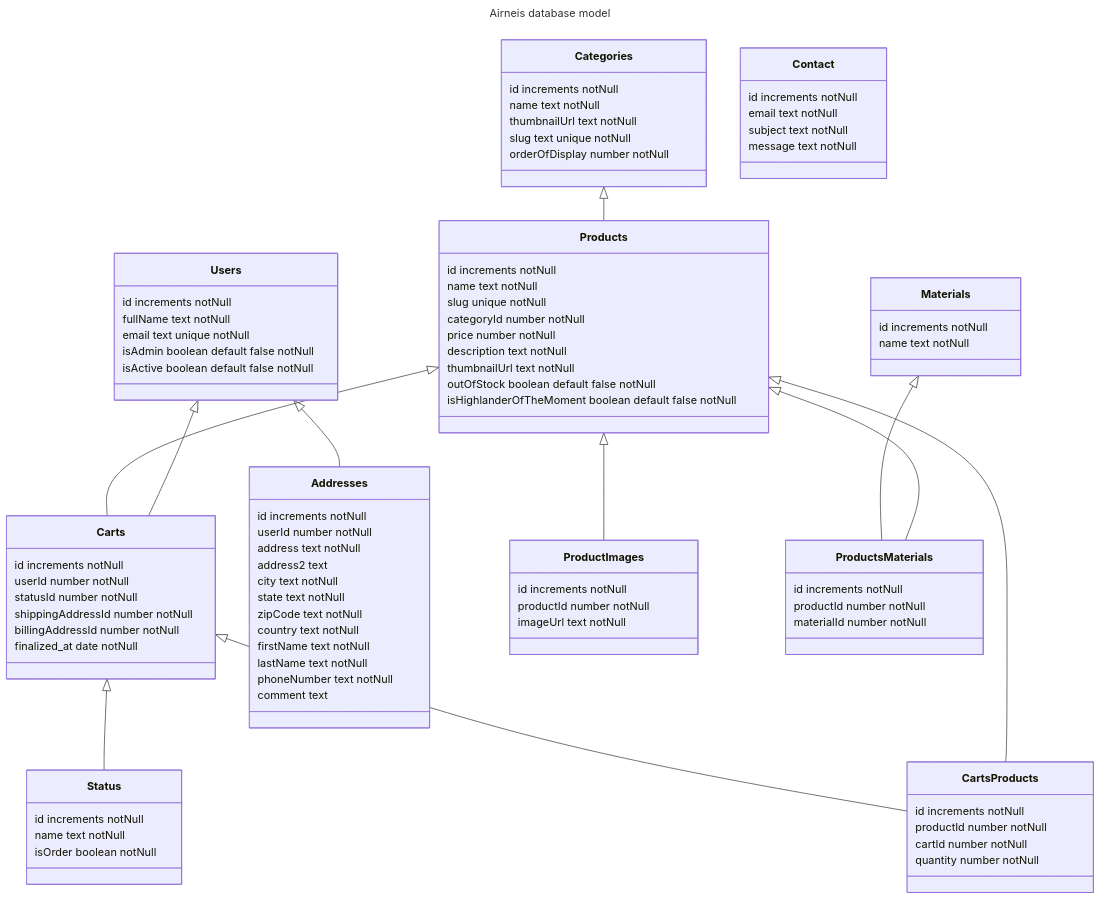
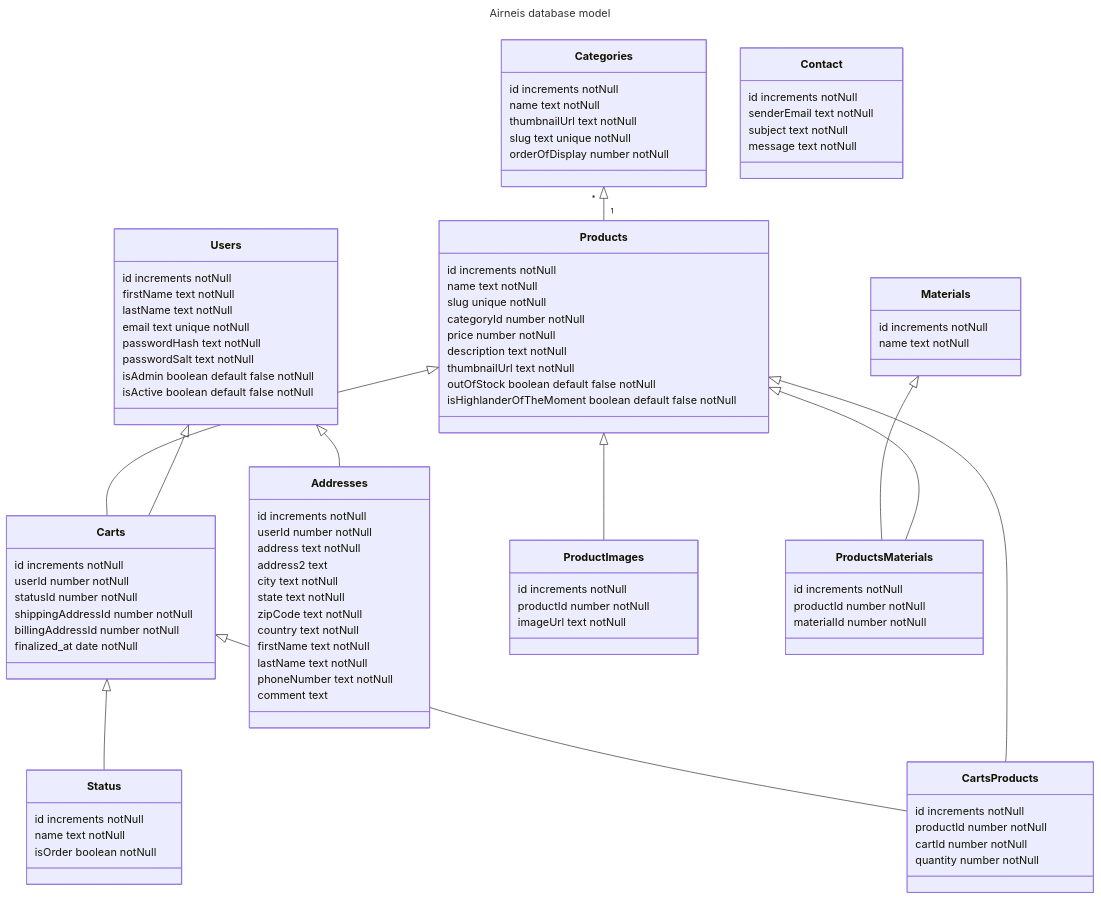
The diagram in docs/dive-in/2024/01/2024-01-08-model-database.md (KrispyTech/airneis), drawn with Mermaid before and after one commit. The commit also changed 1 other file, not shown here.

Commit message:
Done first part of Cedric's review

```diff
--- a/docs/dive-in/2024/01/2024-01-08-model-database.md
+++ b/docs/dive-in/2024/01/2024-01-08-model-database.md
@@ -7,7 +7,7 @@
 
 classDiagram
 
-Categories <|-- Products
+Categories "*" <|-- "1" Products
 Carts <|-- Status
 Products <|-- Carts
 Users <|-- Addresses
@@ -20,8 +20,11 @@
 
 class Users {
     id increments notNull
-    fullName text notNull
+    firstName text notNull
+    lastName text notNull
     email text unique notNull
+    passwordHash text notNull
+    passwordSalt text notNull
     isAdmin boolean default false notNull
     isActive boolean default false notNull
 }
@@ -102,7 +105,7 @@
 
 class Contact {
     id increments notNull
-    email text notNull
+    senderEmail text notNull
     subject text notNull
     message text notNull
 }
```
